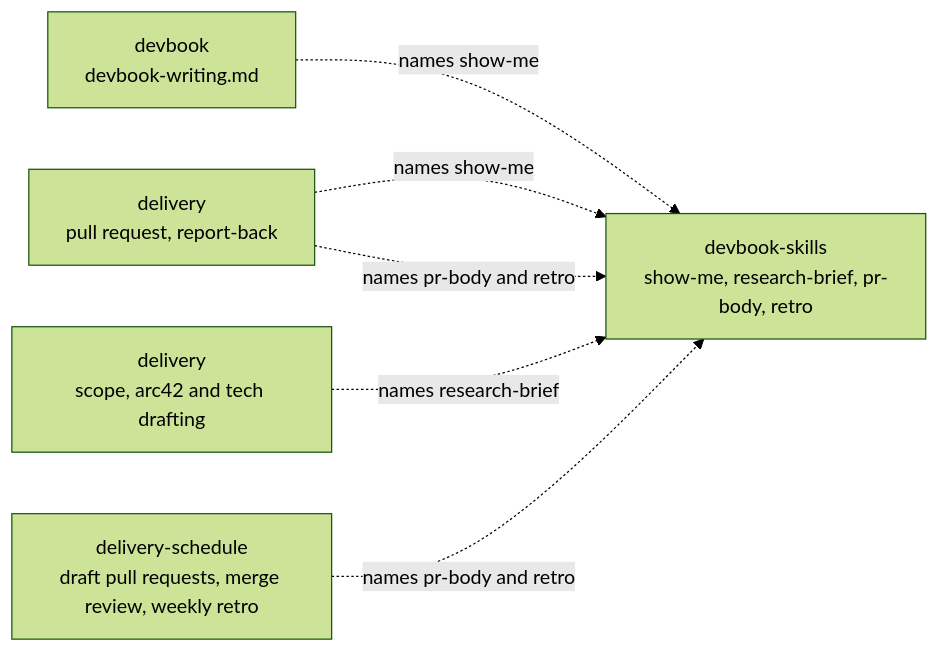
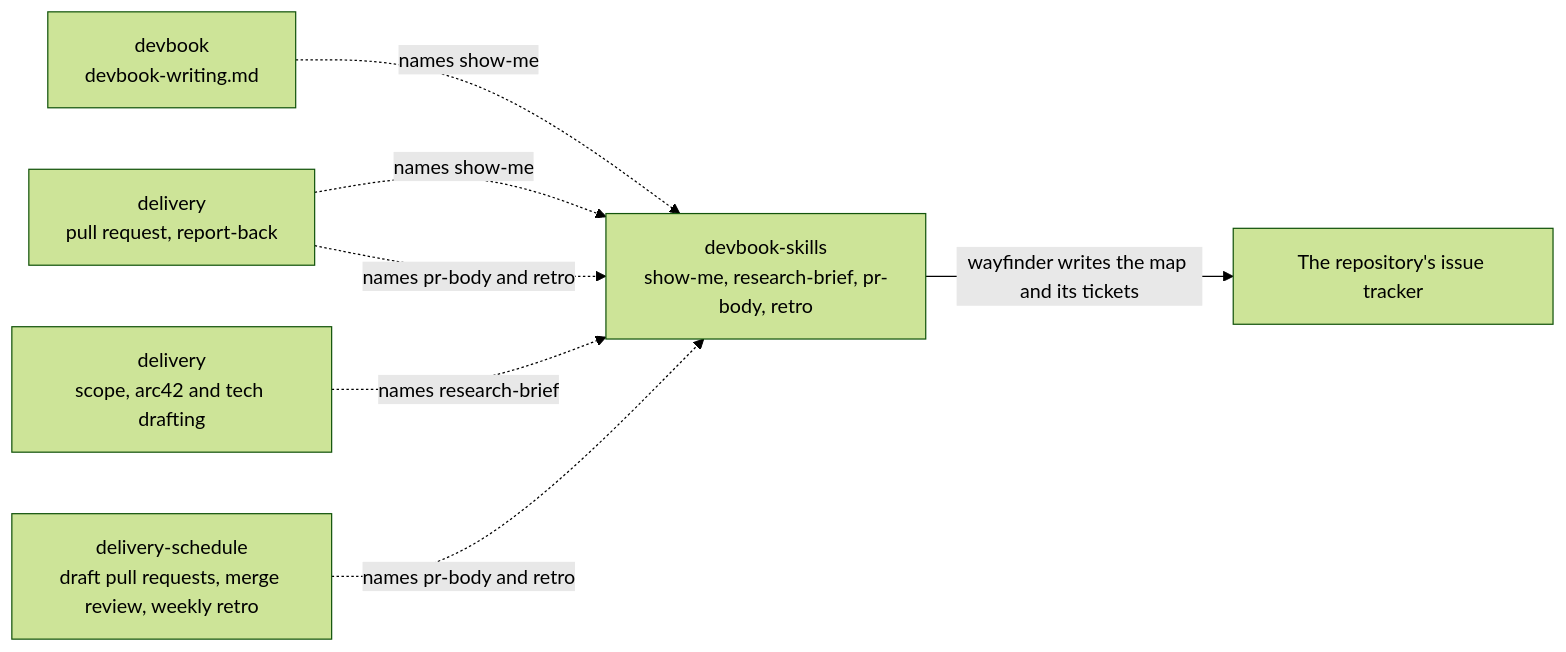
One commit to JSdotNet/ai-agent-stack changed the second of 2 diagrams in .devbook/arc42/building-blocks/devbook-skills.md. Above: the diagram before and after it, drawn with Mermaid (forest theme). The commit also changed other lines of this file and 8 other files, not shown here.

First line of the commit message:
devbook-skills: add wayfinder, a map of decision tickets

````diff
--- a/.devbook/arc42/building-blocks/devbook-skills.md
+++ b/.devbook/arc42/building-blocks/devbook-skills.md
@@ -141,8 +187,9 @@
 ```mermaid
 flowchart LR
     DEV["devbook<br/>devbook-writing.md"] -.->|"names show-me"| SK["devbook-skills<br/>show-me, research-brief, pr-body, retro"]
     DEL["delivery<br/>pull request, report-back"] -.->|"names show-me"| SK
     DELS["delivery<br/>scope, arc42 and tech drafting"] -.->|"names research-brief"| SK
     DEL -.->|"names pr-body and retro"| SK
     SCH["delivery-schedule<br/>draft pull requests, merge review, weekly retro"] -.->|"names pr-body and retro"| SK
+    SK -->|"wayfinder writes the map and its tickets"| TR["The repository's issue tracker"]
 ```
````
